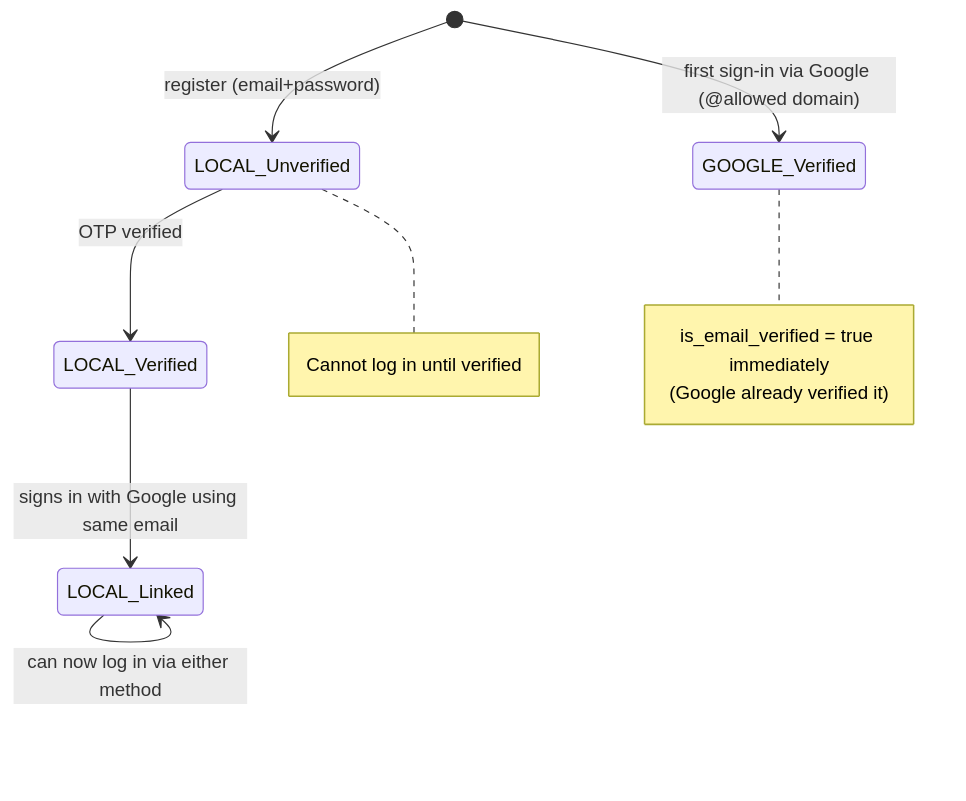
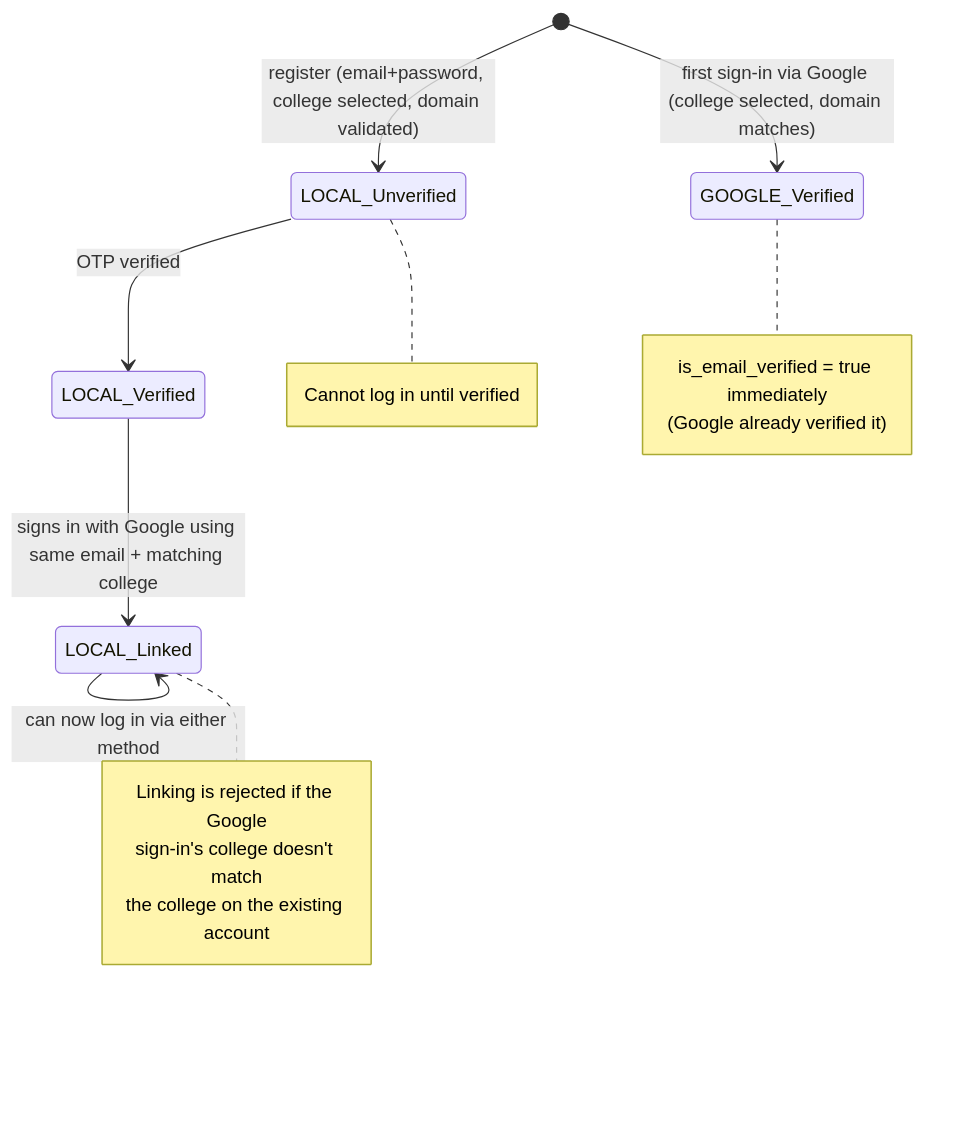
Before and after one commit to IshanWankhede/CampusGPT: diagram 25 of 25 in Architecture/UML_DIAGRAMS.md, drawn with Mermaid. The commit also changed other lines of this file, not shown here.

Commit message:
2-Factor Authentication UML diagram Ready

````diff
--- a/Architecture/UML_DIAGRAMS.md
+++ b/Architecture/UML_DIAGRAMS.md
@@ -758,15 +769,20 @@
 ```mermaid
 stateDiagram-v2
-    [*] --> LOCAL_Unverified : register (email+password)
+    [*] --> LOCAL_Unverified : register (email+password, college selected, domain validated)
     LOCAL_Unverified --> LOCAL_Verified : OTP verified
-    LOCAL_Verified --> LOCAL_Linked : signs in with Google using same email
-    [*] --> GOOGLE_Verified : first sign-in via Google (@allowed domain)
+    LOCAL_Verified --> LOCAL_Linked : signs in with Google using same email + matching college
+    [*] --> GOOGLE_Verified : first sign-in via Google (college selected, domain matches)
     LOCAL_Linked --> LOCAL_Linked : can now log in via either method
     note right of LOCAL_Unverified
         Cannot log in until verified
     end note
     note right of GOOGLE_Verified
         is_email_verified = true immediately
         (Google already verified it)
     end note
+    note right of LOCAL_Linked
+        Linking is rejected if the Google
+        sign-in's college doesn't match
+        the college on the existing account
+    end note
 ```
````
